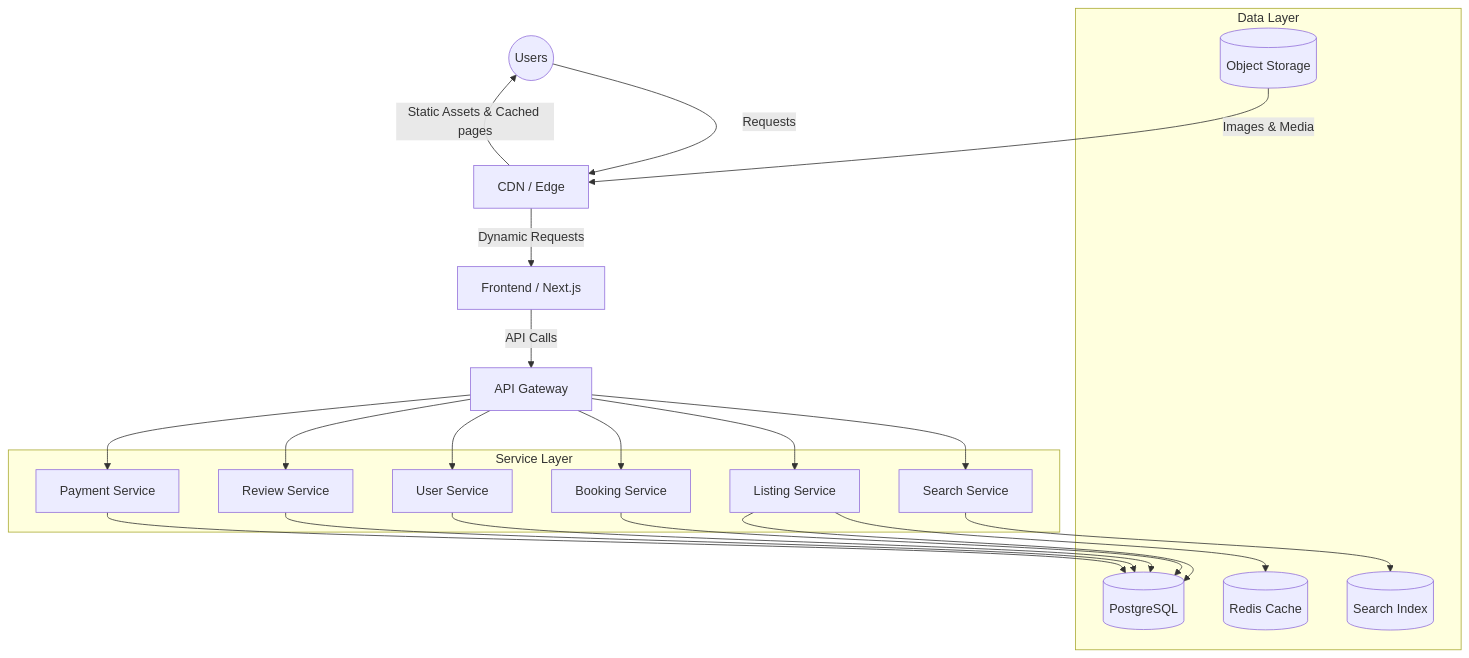
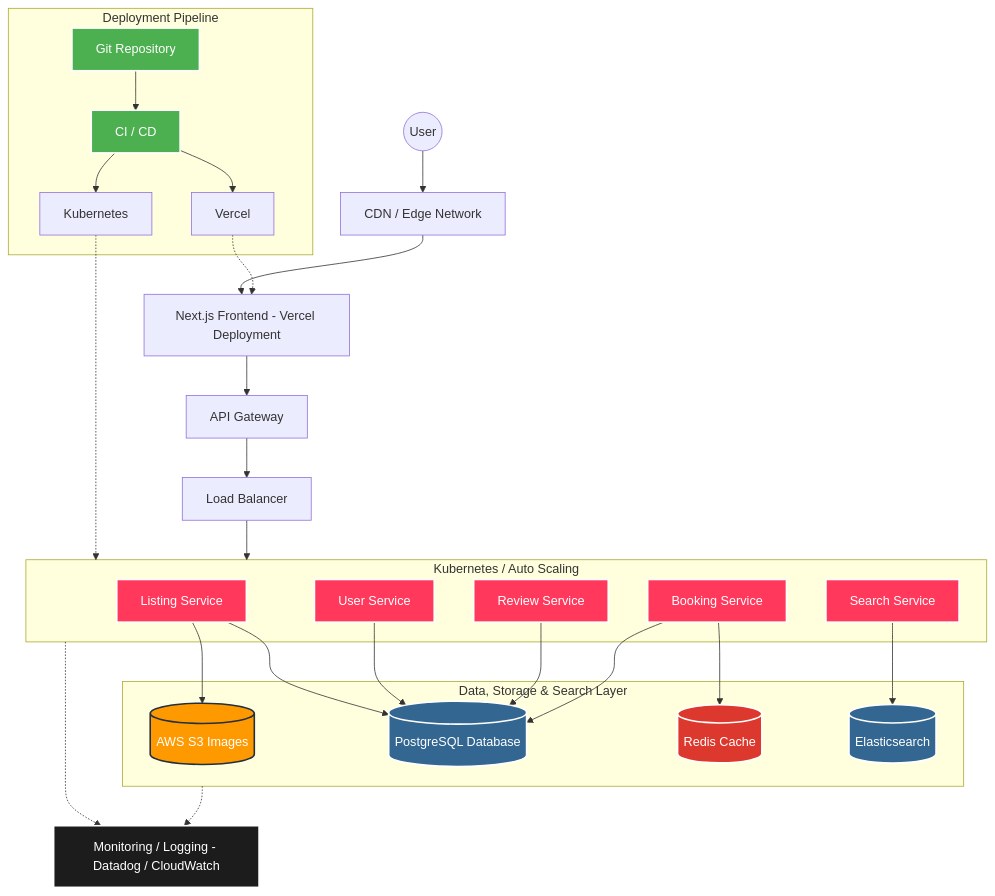
Before and after one commit to Hashmil-Muhammed/AIrbnb-Airbnb_Clone_Web_Application: the diagram in docs/architecture.mmd, drawn with Mermaid. The commit also changed 1 other file, not shown here.

Commit message:
Update docs/architecture.mmd and docs/architecture.png to match final architecture

```diff
--- a/docs/architecture.mmd
+++ b/docs/architecture.mmd
@@ -1,43 +1,69 @@
-graph TD
-    Users((Users))
-    CDN[CDN / Edge]
-    Frontend[Frontend / Next.js]
-    Gateway[API Gateway]
-    
-    subgraph Service Layer
-        ListingService[Listing Service]
-        SearchService[Search Service]
-        BookingService[Booking Service]
-        UserService[User Service]
-        ReviewService[Review Service]
-        PaymentService[Payment Service]
+flowchart TD
+    %% CI/CD Pipeline
+    subgraph CICD[Deployment Pipeline]
+        Git[Git Repository] --> Pipeline[CI / CD]
+        Pipeline --> DeployVercel[Vercel]
+        Pipeline --> DeployK8s[Kubernetes]
     end
     
-    subgraph Data Layer
-        DB[(PostgreSQL)]
-        Cache[(Redis Cache)]
-        SearchIdx[(Search Index)]
-        Storage[(Object Storage)]
+    %% Users & Edge
+    User((User)) --> CDN[CDN / Edge Network]
+    
+    %% Frontend
+    CDN --> Frontend[Next.js Frontend - Vercel Deployment]
+    
+    %% API Gateway & Load Balancer
+    Frontend --> Gateway[API Gateway]
+    Gateway --> LB[Load Balancer]
+    
+    %% CI/CD Connections
+    DeployVercel -.-> Frontend
+    DeployK8s -.-> K8sCluster
+    
+    %% Backend Services
+    subgraph K8sCluster[Kubernetes / Auto Scaling]
+        Listing[Listing Service]
+        UserSvc[User Service]
+        Review[Review Service]
+        Booking[Booking Service]
+        SearchSvc[Search Service]
     end
     
-    Users -->|Requests| CDN
-    CDN -->|Static Assets & Cached pages| Users
-    CDN -->|Dynamic Requests| Frontend
-    Frontend -->|API Calls| Gateway
+    LB --> K8sCluster
     
-    Gateway --> ListingService
-    Gateway --> SearchService
-    Gateway --> BookingService
-    Gateway --> UserService
-    Gateway --> ReviewService
-    Gateway --> PaymentService
+    %% Data Storage
+    subgraph StorageCluster[Data, Storage & Search Layer]
+        S3[(AWS S3 Images)]
+        DB[(PostgreSQL Database)]
+        Cache[(Redis Cache)]
+        SearchIndex[(Elasticsearch)]
+    end
     
-    ListingService --> DB
-    ListingService --> Cache
-    SearchService --> SearchIdx
-    BookingService --> DB
-    UserService --> DB
-    ReviewService --> DB
-    PaymentService --> DB
+    %% Clean Storage Connections (Zero Crossing)
+    Listing --> S3
+    Listing --> DB
+    UserSvc --> DB
+    Review --> DB
+    Booking --> DB
+    Booking --> Cache
+    SearchSvc --> SearchIndex
     
-    Storage -->|Images & Media| CDN
+    %% Monitoring
+    Monitor[Monitoring / Logging - Datadog / CloudWatch]
+    
+    K8sCluster -.-> Monitor
+    StorageCluster -.-> Monitor
+    
+    classDef aws fill:#FF9900,stroke:#232F3E,stroke-width:2px,color:white;
+    classDef db fill:#336791,stroke:#fff,stroke-width:2px,color:white;
+    classDef svc fill:#FF385C,stroke:#fff,stroke-width:2px,color:white;
+    classDef cache fill:#DC382D,stroke:#fff,stroke-width:2px,color:white;
+    classDef obs fill:#1C1C1C,stroke:#fff,stroke-width:2px,color:white;
+    classDef pipe fill:#4CAF50,stroke:#fff,stroke-width:2px,color:white;
+    
+    class S3 aws;
+    class DB,SearchIndex db;
+    class UserSvc,Review,Listing,Booking,SearchSvc svc;
+    class Cache cache;
+    class Monitor obs;
+    class Git,Pipeline pipe;
```
